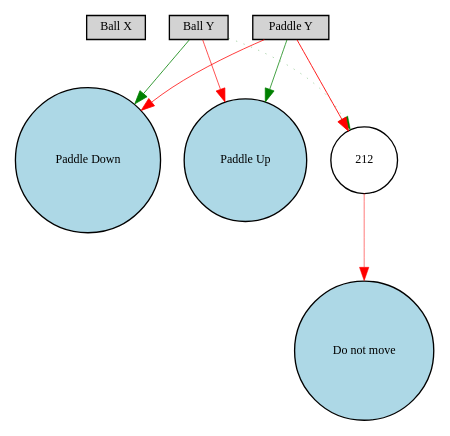
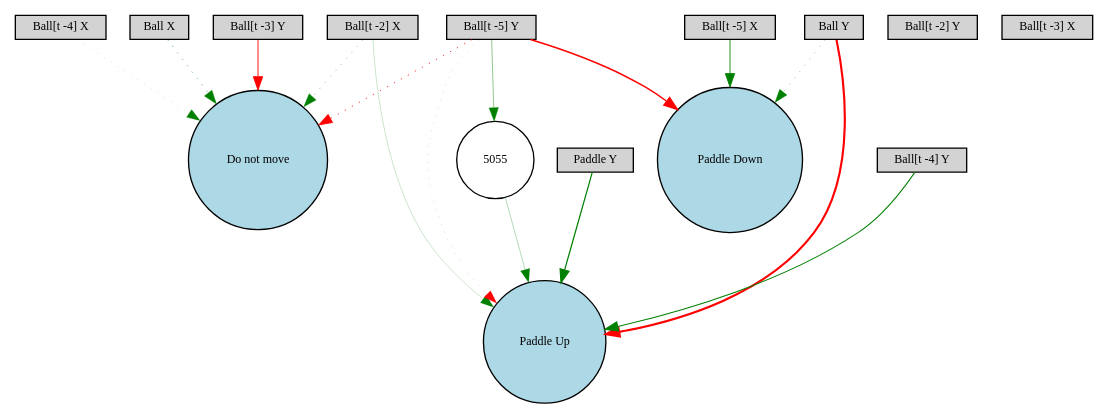
The diagram in visualization/Digraph.gv (rjuez00/NeatPong), drawn with Graphviz before and after one commit. The commit also changed 7 other files, not shown here.

```diff
--- a/visualization/Digraph.gv
+++ b/visualization/Digraph.gv
@@ -1,17 +1,33 @@
 digraph {
 	node [fontsize=9 height=0.2 shape=circle width=0.2]
 	"Ball X" [fillcolor=lightgray shape=box style=filled]
 	"Ball Y" [fillcolor=lightgray shape=box style=filled]
 	"Paddle Y" [fillcolor=lightgray shape=box style=filled]
+	"Ball[t -2] X" [fillcolor=lightgray shape=box style=filled]
+	"Ball[t -2] Y" [fillcolor=lightgray shape=box style=filled]
+	"Ball[t -3] X" [fillcolor=lightgray shape=box style=filled]
+	"Ball[t -3] Y" [fillcolor=lightgray shape=box style=filled]
+	"Ball[t -4] X" [fillcolor=lightgray shape=box style=filled]
+	"Ball[t -4] Y" [fillcolor=lightgray shape=box style=filled]
+	"Ball[t -5] X" [fillcolor=lightgray shape=box style=filled]
+	"Ball[t -5] Y" [fillcolor=lightgray shape=box style=filled]
 	"Paddle Down" [fillcolor=lightblue style=filled]
 	"Do not move" [fillcolor=lightblue style=filled]
 	"Paddle Up" [fillcolor=lightblue style=filled]
-	212 [fillcolor=white style=filled]
-	"Ball Y" -> 212 [color=green penwidth=0.2366475848696552 style=dotted]
-	212 -> "Do not move" [color=red penwidth=0.3892572924051013 style=solid]
-	"Ball Y" -> "Paddle Down" [color=green penwidth=0.5910182079218259 style=solid]
-	"Paddle Y" -> "Paddle Down" [color=red penwidth=0.5698848865201851 style=solid]
-	"Ball Y" -> "Paddle Up" [color=red penwidth=0.5129999839324015 style=solid]
-	"Paddle Y" -> 212 [color=red penwidth=0.6642552403364678 style=solid]
-	"Paddle Y" -> "Paddle Up" [color=green penwidth=0.5475710269026111 style=solid]
+	5055 [fillcolor=white style=filled]
+	"Ball[t -2] X" -> "Paddle Up" [color=green penwidth=0.15629586686713615 style=solid]
+	"Ball[t -4] Y" -> "Paddle Up" [color=green penwidth=0.7638637594902525 style=solid]
+	"Ball Y" -> "Paddle Down" [color=green penwidth=0.2605393786361698 style=dotted]
+	"Ball[t -5] X" -> "Paddle Down" [color=green penwidth=0.6604396849169107 style=solid]
+	"Ball X" -> "Do not move" [color=green penwidth=0.39088403672146255 style=dotted]
+	"Ball[t -5] Y" -> "Do not move" [color=red penwidth=0.572950701144235 style=dotted]
+	"Ball Y" -> "Paddle Up" [color=red penwidth=1.6179815489400406 style=solid]
+	"Paddle Y" -> "Paddle Up" [color=green penwidth=0.9082750062018012 style=solid]
+	"Ball[t -4] X" -> "Do not move" [color=green penwidth=0.11536639621547301 style=dotted]
+	"Ball[t -2] X" -> "Do not move" [color=green penwidth=0.2801088044549335 style=dotted]
+	"Ball[t -3] Y" -> "Do not move" [color=red penwidth=0.6850684239676792 style=solid]
+	"Ball[t -5] Y" -> "Paddle Down" [color=red penwidth=1.1143547081374992 style=solid]
+	"Ball[t -5] Y" -> "Paddle Up" [color=red penwidth=0.12108068503300543 style=dotted]
+	"Ball[t -5] Y" -> 5055 [color=green penwidth=0.33423856248774786 style=solid]
+	5055 -> "Paddle Up" [color=green penwidth=0.21869677076758243 style=solid]
 }
```
